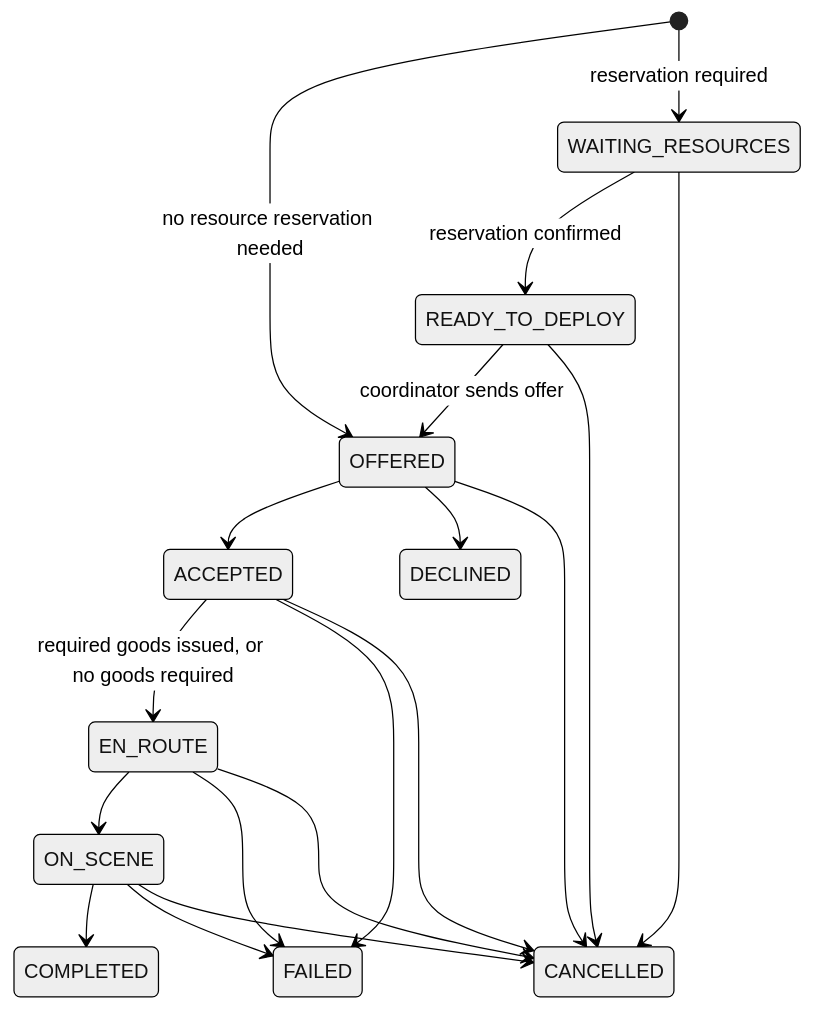
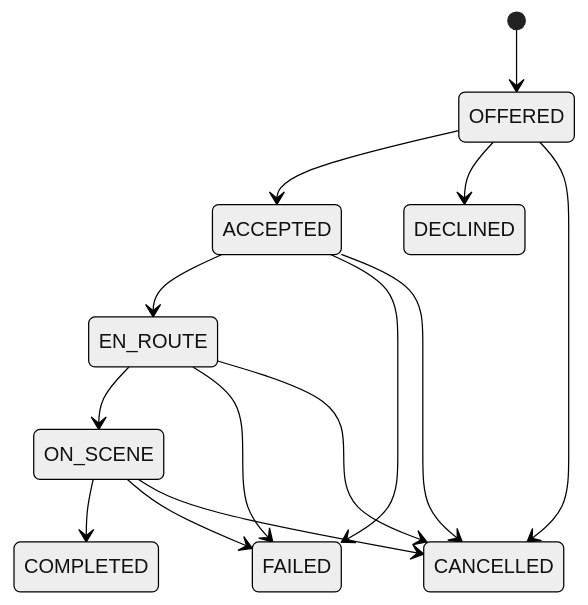
Before and after one commit to sangvirgo/disaster-relief-management: the fourth of 6 diagrams in docs/c48-technology-and-delivery-plan.md, drawn with Mermaid (neutral theme). The commit also changed other lines of this file and 1 other file, not shown here.

````diff
--- a/docs/c48-technology-and-delivery-plan.md
+++ b/docs/c48-technology-and-delivery-plan.md
@@ -489,21 +488,16 @@
 ```mermaid
 stateDiagram-v2
-  [*] --> OFFERED: no resource reservation needed
-  [*] --> WAITING_RESOURCES: reservation required
-  WAITING_RESOURCES --> READY_TO_DEPLOY: reservation confirmed
-  READY_TO_DEPLOY --> OFFERED: coordinator sends offer
-  WAITING_RESOURCES --> CANCELLED
-  READY_TO_DEPLOY --> CANCELLED
+  [*] --> OFFERED
   OFFERED --> ACCEPTED
   OFFERED --> DECLINED
-  ACCEPTED --> EN_ROUTE: required goods issued, or no goods required
+  ACCEPTED --> EN_ROUTE
   EN_ROUTE --> ON_SCENE
   ON_SCENE --> COMPLETED
   ACCEPTED --> FAILED
   EN_ROUTE --> FAILED
   ON_SCENE --> FAILED
   OFFERED --> CANCELLED
   ACCEPTED --> CANCELLED
   EN_ROUTE --> CANCELLED
   ON_SCENE --> CANCELLED
 ```
````
